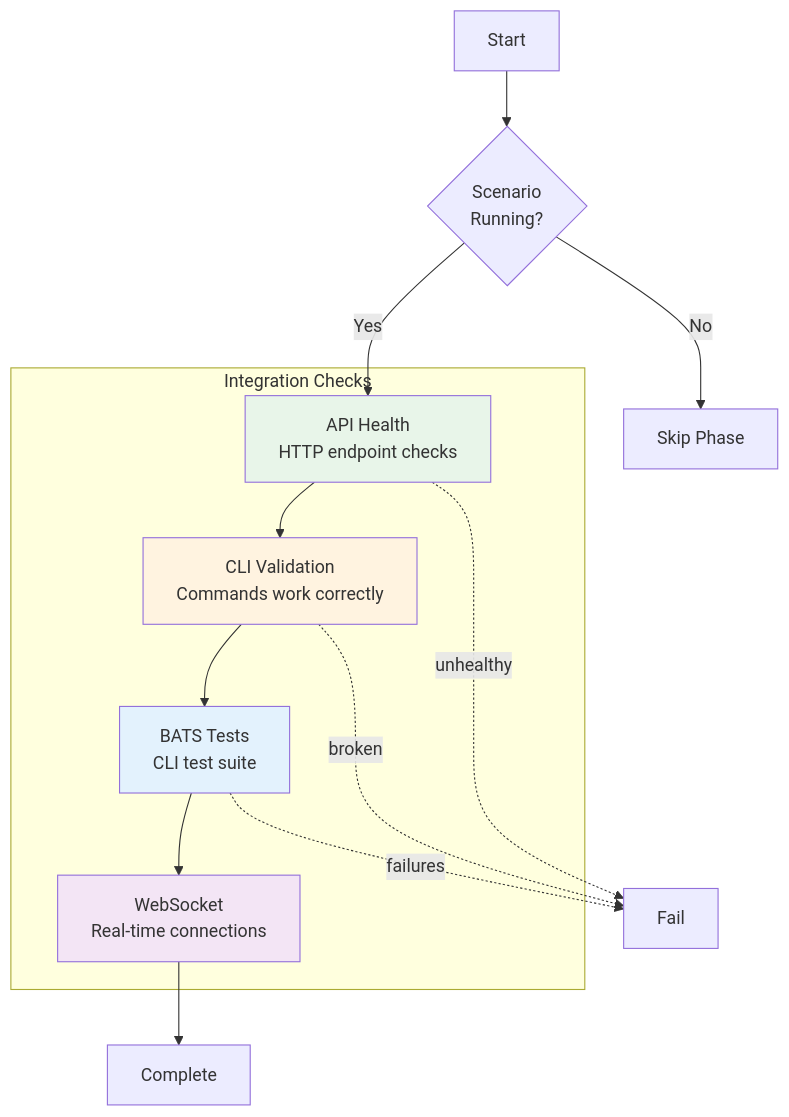
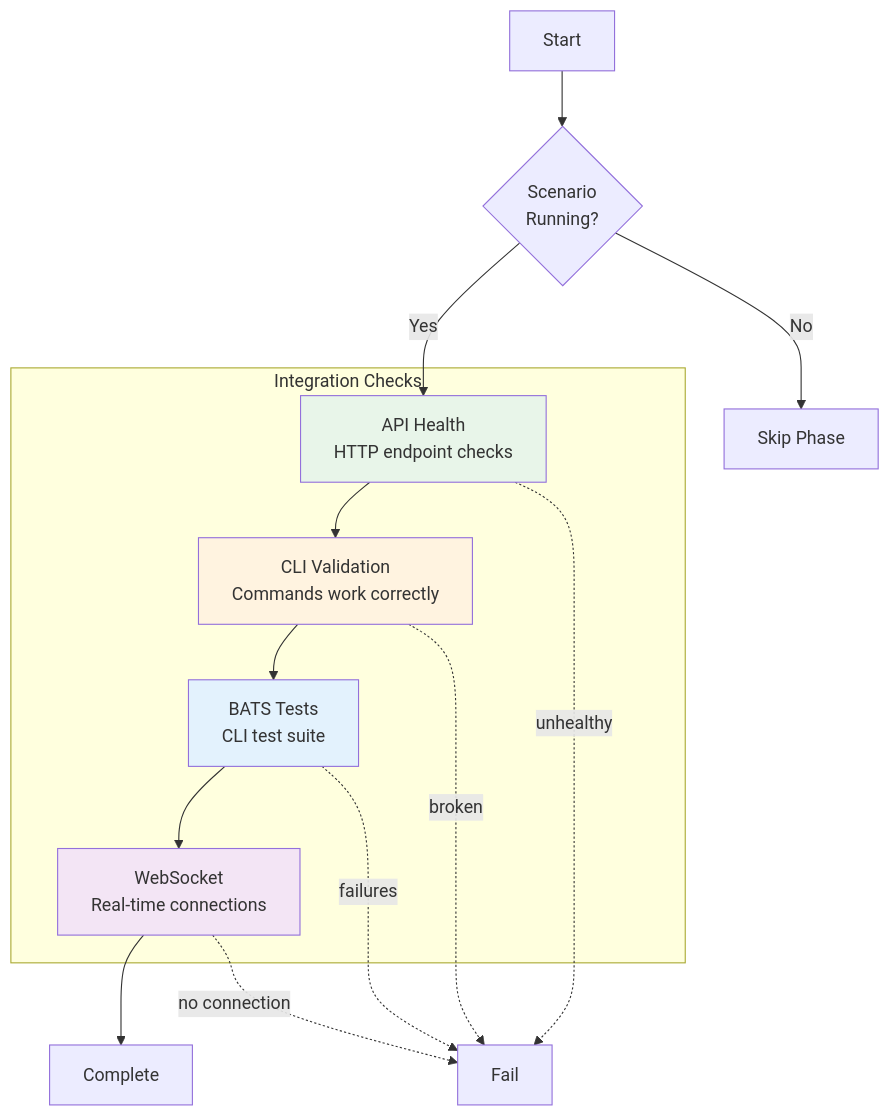
One commit to Vrooli/Vrooli changed the diagram in scenarios/test-genie/docs/phases/integration/README.md. Above: the diagram before and after it, drawn with Mermaid. The commit also changed other lines of this file and 19 other files, not shown here.

````diff
--- a/scenarios/test-genie/docs/phases/integration/README.md
+++ b/scenarios/test-genie/docs/phases/integration/README.md
@@ -12,27 +12,28 @@
 ```mermaid
 graph TB
     subgraph "Integration Checks"
         API[API Health<br/>HTTP endpoint checks]
         CLI[CLI Validation<br/>Commands work correctly]
         BATS[BATS Tests<br/>CLI test suite]
         WS[WebSocket<br/>Real-time connections]
     end
 
     START[Start] --> RUNTIME{Scenario<br/>Running?}
     RUNTIME -->|Yes| API
     RUNTIME -->|No| SKIP[Skip Phase]
 
     API --> CLI
     CLI --> BATS
     BATS --> WS
     WS --> DONE[Complete]
 
     API -.->|unhealthy| FAIL[Fail]
     CLI -.->|broken| FAIL
     BATS -.->|failures| FAIL
+    WS -.->|no connection| FAIL
 
     style API fill:#e8f5e9
     style CLI fill:#fff3e0
     style BATS fill:#e3f2fd
     style WS fill:#f3e5f5
 ```
````
